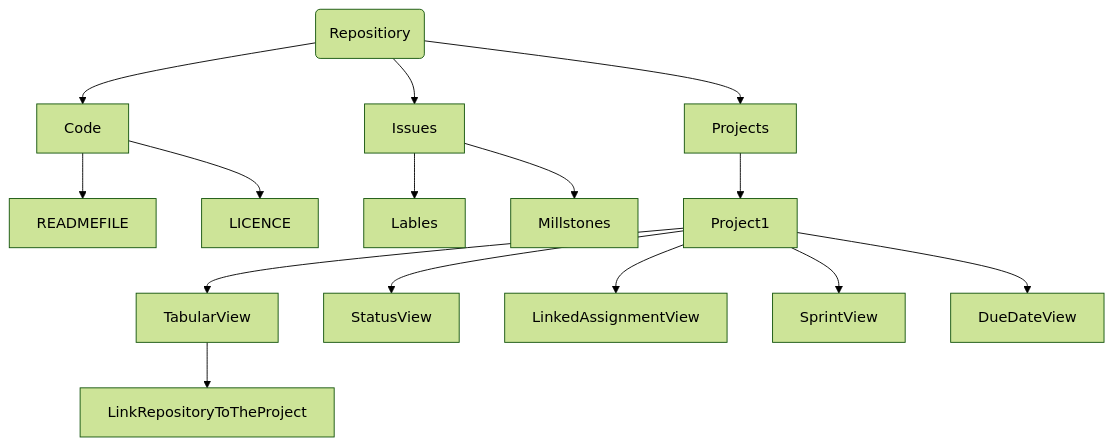
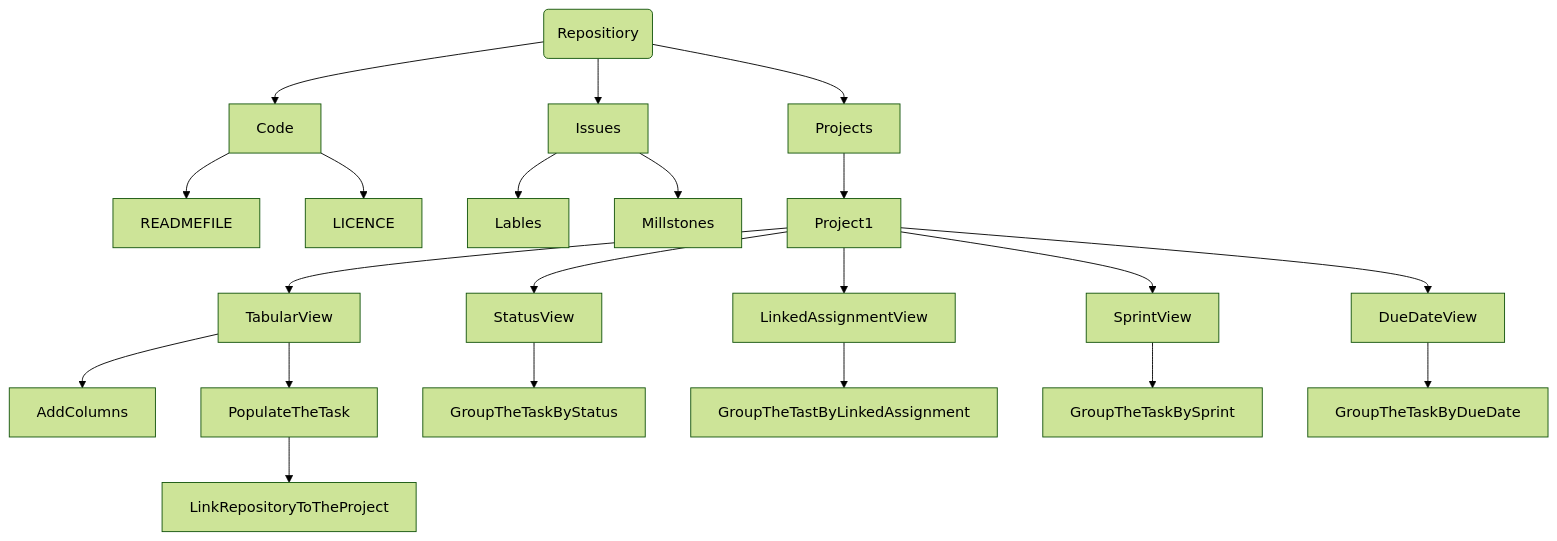
One commit to Cryslender/CMPG-323-Overview-36627399 changed the diagram in README.md. Above: the diagram before and after it, drawn with Mermaid (forest theme).

````diff
--- a/README.md
+++ b/README.md
@@ -12,17 +12,23 @@
 ```mermaid
 graph TB;
     CMPG-323Overview(Repositiory)-->Code;
     CMPG-323Overview(Repositiory)-->Issues;
     CMPG-323Overview(Repositiory)-->Projects;
     Code-->READMEFILE;
     Code-->LICENCE;
     Issues-->Lables;
     Issues-->Millstones;
     Projects-->Project1;
     Project1-->TabularView;
     Project1-->StatusView;
     Project1-->LinkedAssignmentView;
     Project1-->SprintView;
-    Project1-->DueDateView;
-    TabularView-->LinkRepositoryToTheProject;
+    Project1-->DueDateView
+    TabularView-->AddColumns;
+    TabularView-->PopulateTheTask
+    PopulateTheTask-->LinkRepositoryToTheProject;
+    StatusView-->GroupTheTaskByStatus;
+    LinkedAssignmentView-->GroupTheTastByLinkedAssignment;
+    SprintView-->GroupTheTaskBySprint;
+    DueDateView-->GroupTheTaskByDueDate;
 ```
````
